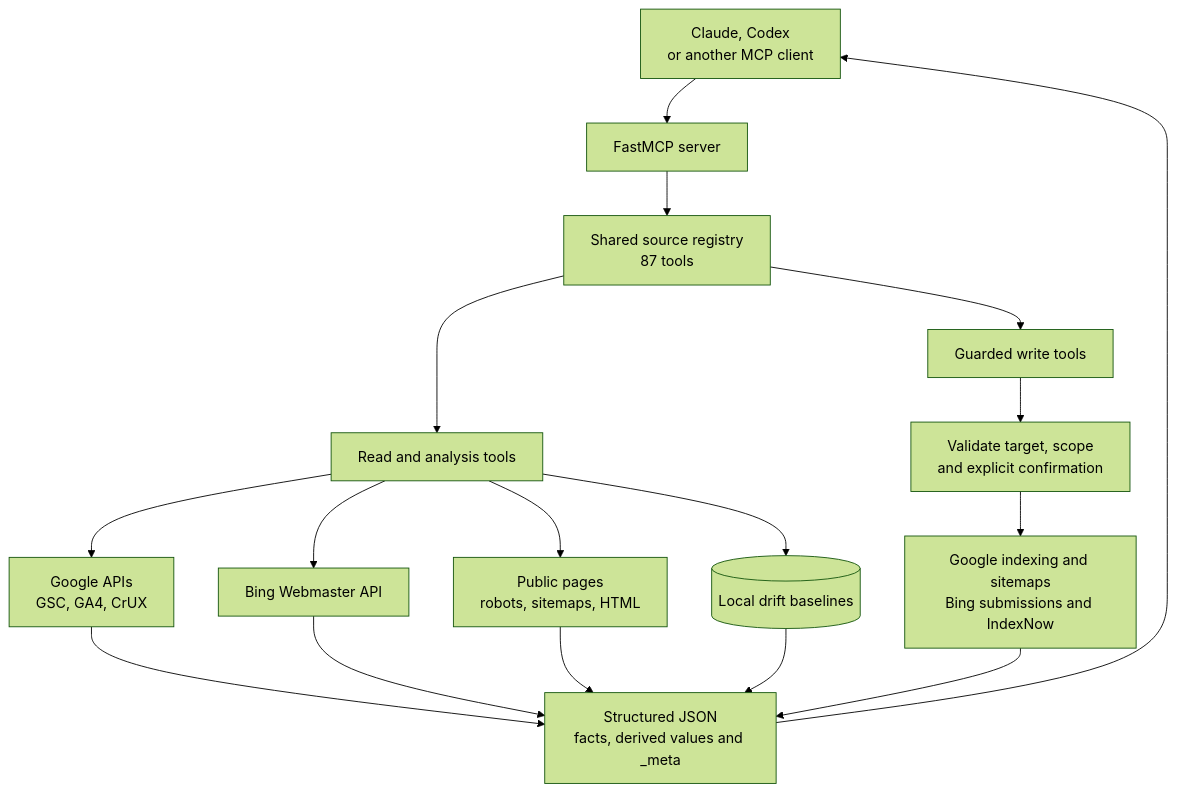
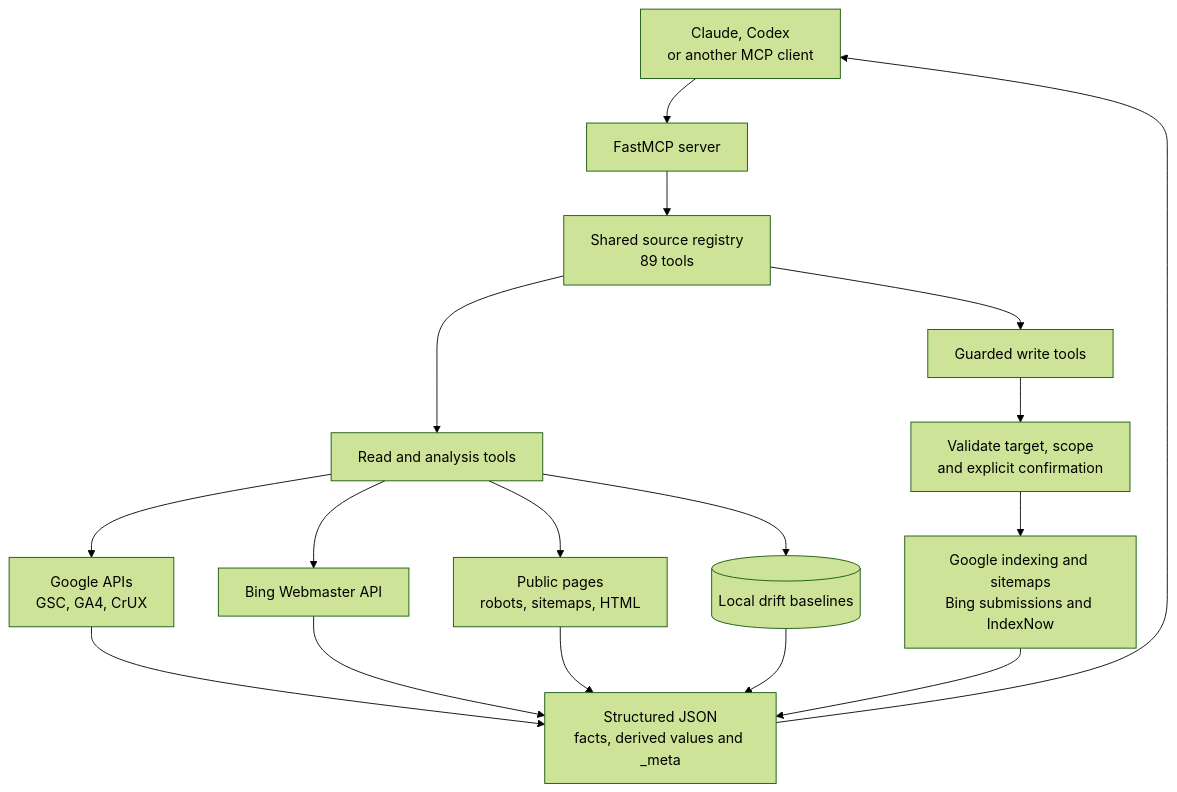
One commit to FlorianBruniaux/google-search-console-mcp changed the diagram in README.md. Above: the diagram before and after it, drawn with Mermaid (forest theme). The commit also changed other lines of this file and 24 other files, not shown here.

````diff
--- a/README.md
+++ b/README.md
@@ -325,19 +325,19 @@
 ```mermaid
 flowchart TD
     C[Claude, Codex<br/>or another MCP client] --> S[FastMCP server]
-    S --> R[Shared source registry<br/>87 tools]
+    S --> R[Shared source registry<br/>89 tools]
     R --> A[Read and analysis tools]
     R --> W[Guarded write tools]
     A --> G[Google APIs<br/>GSC, GA4, CrUX]
     A --> B[Bing Webmaster API]
     A --> P[Public pages<br/>robots, sitemaps, HTML]
     A --> L[(Local drift baselines)]
     W --> V[Validate target, scope<br/>and explicit confirmation]
     V --> M[Google indexing and sitemaps<br/>Bing submissions and IndexNow]
     G --> O[Structured JSON<br/>facts, derived values and _meta]
     B --> O
     P --> O
     L --> O
     M --> O
     O --> C
 ```
````
